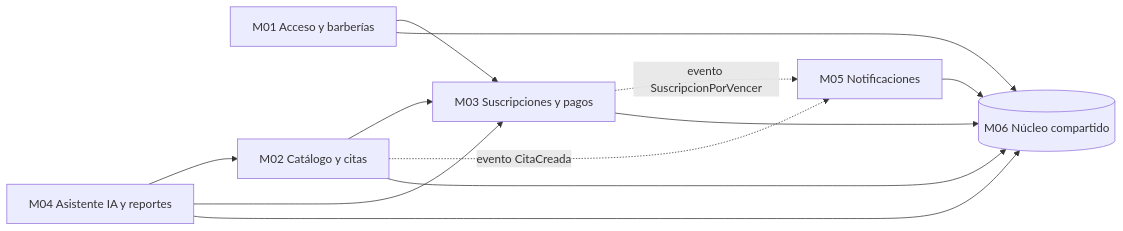
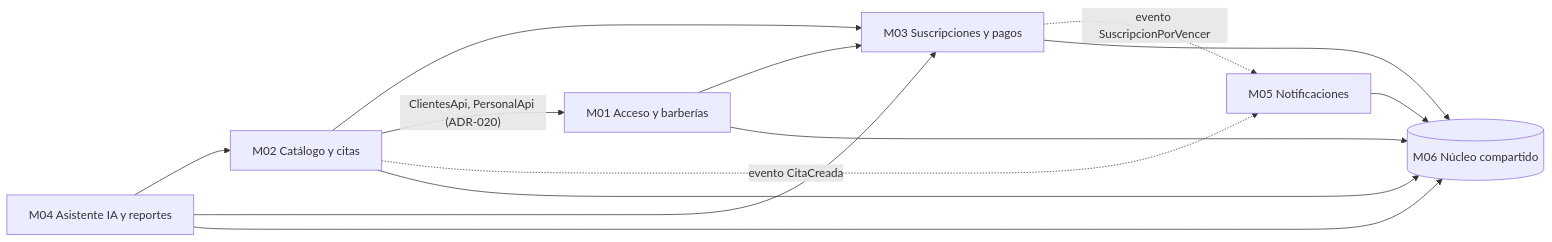
The diagram in docs/02-arquitectura-software/estilo-arquitectonico.md (semcham/proyecto-final-barberia-ayacucho), drawn with Mermaid before and after one commit. The commit also changed other lines of this file and 13 other files, not shown here.

````diff
--- a/docs/02-arquitectura-software/estilo-arquitectonico.md
+++ b/docs/02-arquitectura-software/estilo-arquitectonico.md
@@ -56,15 +58,16 @@
 ```mermaid
 flowchart LR
     M01["M01 Acceso y barberías"] --> M03["M03 Suscripciones y pagos"]
     M02["M02 Catálogo y citas"] --> M03
+    M02 -- "ClientesApi, PersonalApi (ADR-020)" --> M01
     M04["M04 Asistente IA y reportes"] --> M02
     M04 --> M03
     M02 -. "evento CitaCreada" .-> M05["M05 Notificaciones"]
     M03 -. "evento SuscripcionPorVencer" .-> M05
     M06[("M06 Núcleo compartido")]
     M01 --> M06
     M02 --> M06
     M03 --> M06
     M04 --> M06
     M05 --> M06
 ```
````
